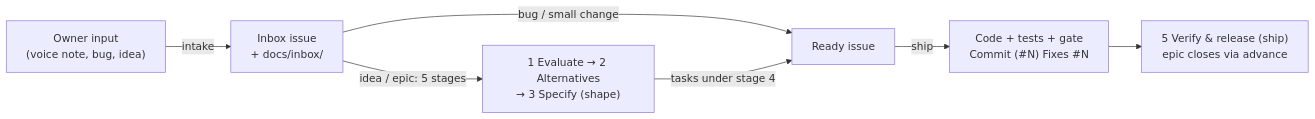
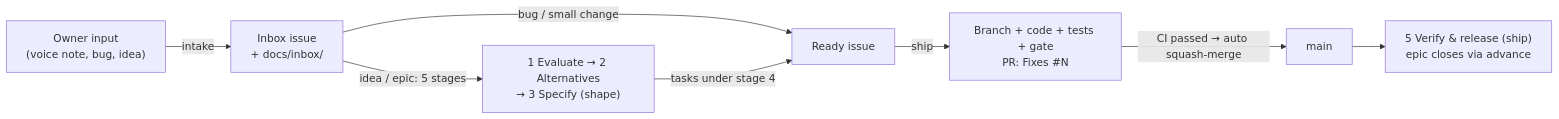
The diagram in AGENTS.md (kandraos3/Telly), drawn with Mermaid before and after one commit. The commit also changed other lines of this file and 25 other files, not shown here.

````diff
--- a/AGENTS.md
+++ b/AGENTS.md
@@ -121,9 +126,10 @@
 ```mermaid
 flowchart LR
     A["Owner input<br>(voice note, bug, idea)"] -->|intake| B["Inbox issue<br>+ docs/inbox/"]
     B -->|"bug / small change"| T["Ready issue"]
     B -->|"idea / epic: 5 stages"| E["1 Evaluate → 2 Alternatives<br>→ 3 Specify (shape)"]
     E -->|"tasks under stage 4"| T
-    T -->|ship| D["Code + tests + gate<br>Commit (#N) Fixes #N"]
-    D --> V["5 Verify & release (ship)<br>epic closes via advance"]
+    T -->|ship| D["Branch + code + tests + gate<br>PR: Fixes #N"]
+    D -->|"CI passed → auto squash-merge"| M["main"]
+    M --> V["5 Verify & release (ship)<br>epic closes via advance"]
 ```
````
